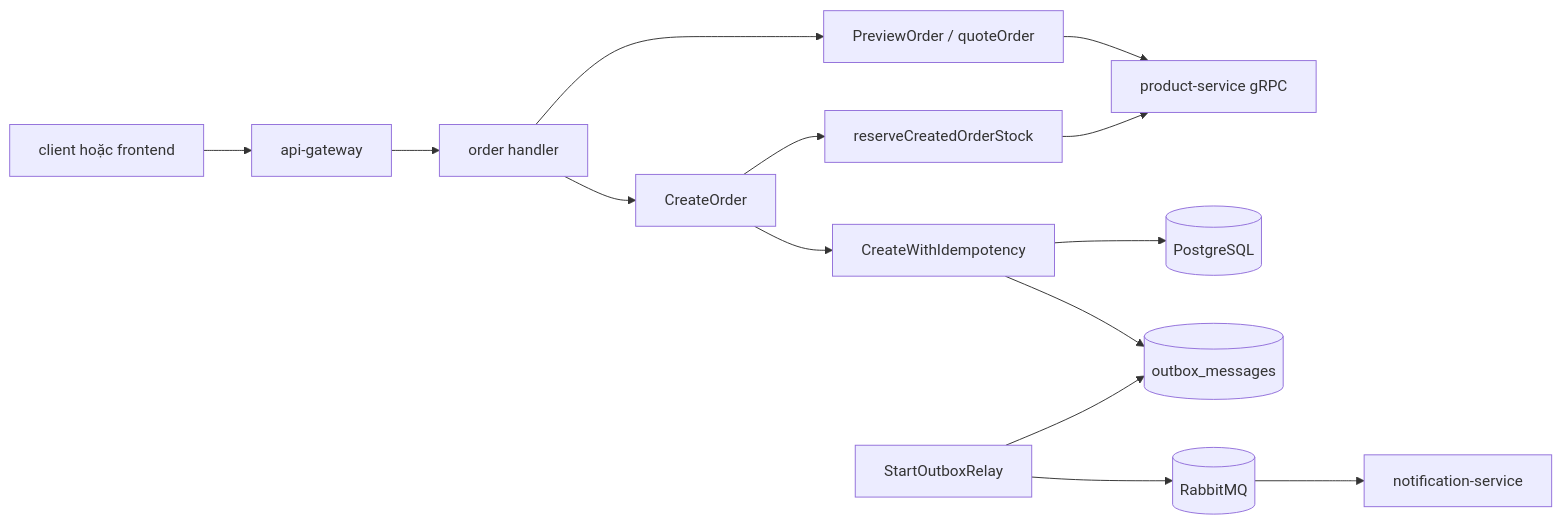
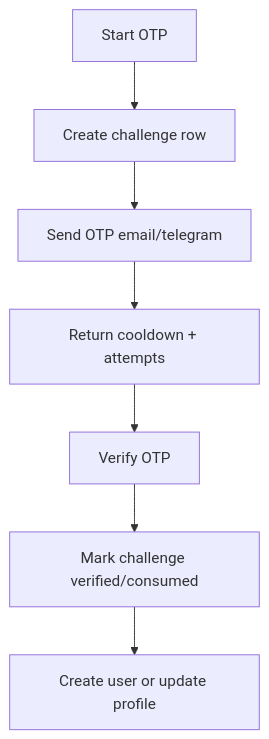
Before and after one commit to NguyenDung278/E-CommerceMicroservicesPlatform: the third of 11 diagrams in docs/deep-dive/README.md, drawn with Mermaid. The commit also changed other lines of this file and 123 other files, not shown here.

First line of the commit message:
feat: implement user token management and notification preferences service

````diff
--- a/docs/deep-dive/README.md
+++ b/docs/deep-dive/README.md
@@ -52,16 +123,9 @@
 ```mermaid
-flowchart LR
-    UI[client hoặc frontend] --> Gateway[api-gateway]
-    Gateway --> OrderHandler[order handler]
-    OrderHandler --> Pricing[PreviewOrder / quoteOrder]
-    Pricing --> ProductRPC[product-service gRPC]
-    OrderHandler --> Create[CreateOrder]
-    Create --> Reserve[reserveCreatedOrderStock]
-    Reserve --> ProductRPC
-    Create --> Persist[CreateWithIdempotency]
-    Persist --> OrderDB[(PostgreSQL)]
-    Persist --> Outbox[(outbox_messages)]
-    Relay[StartOutboxRelay] --> Outbox
-    Relay --> Rabbit[(RabbitMQ)]
-    Rabbit --> Notification[notification-service]
+flowchart TD
+    Start[Start OTP] --> Challenge[Create challenge row]
+    Challenge --> Send[Send OTP email/telegram]
+    Send --> Status[Return cooldown + attempts]
+    Status --> Verify[Verify OTP]
+    Verify --> Consumed[Mark challenge verified/consumed]
+    Consumed --> Result[Create user or update profile]
 ```
````
